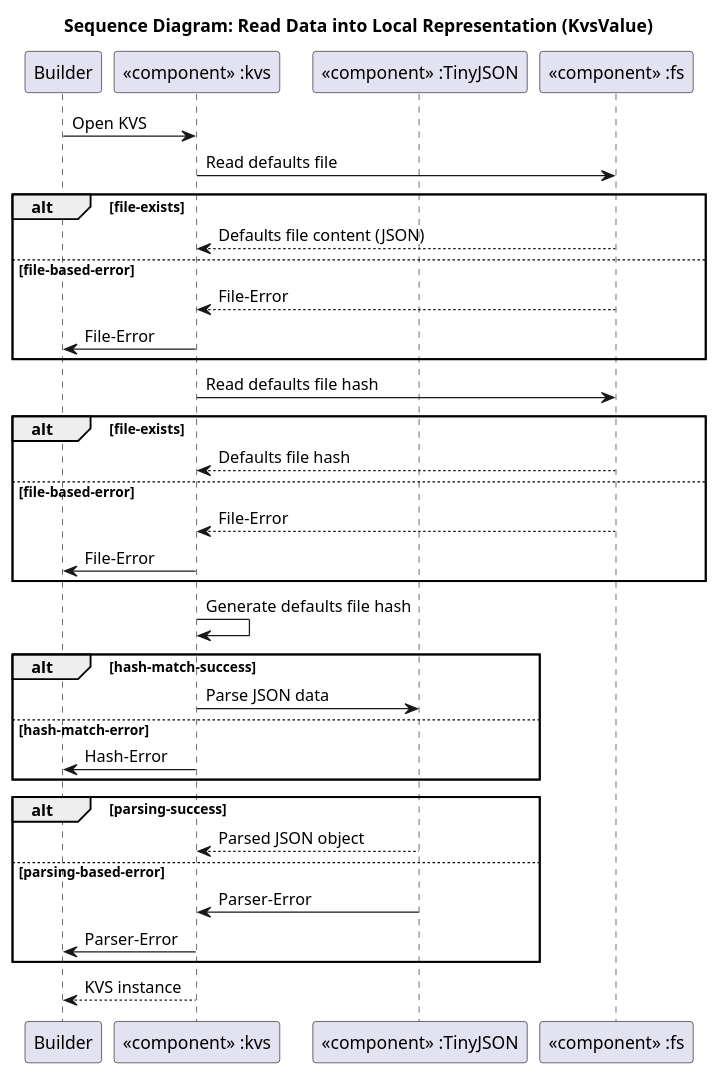
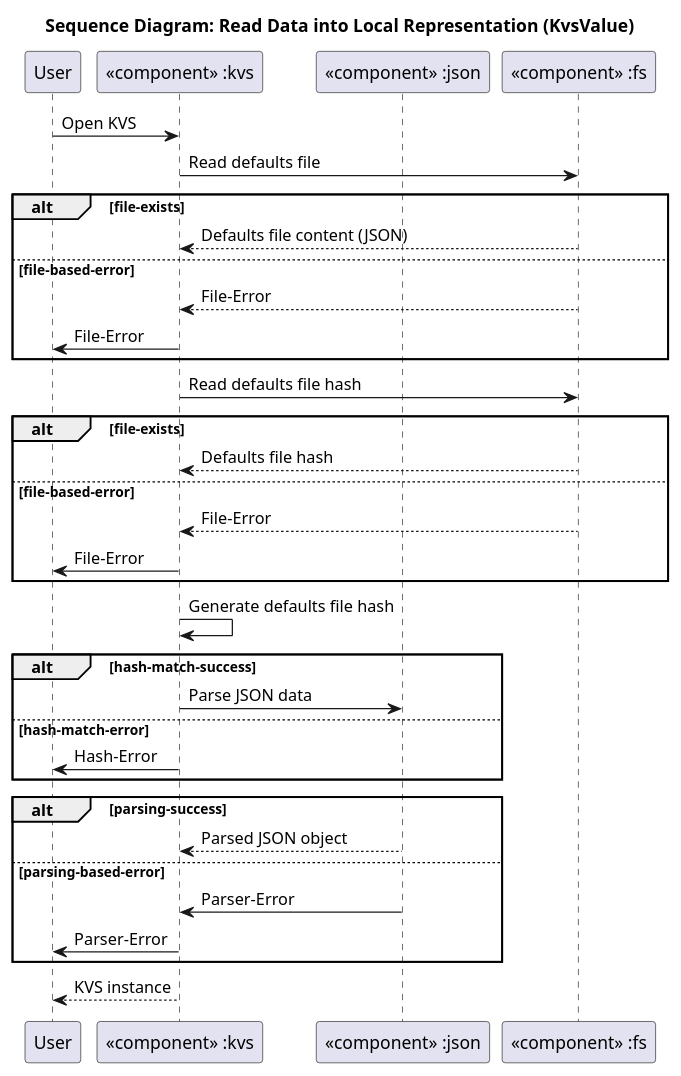
Before and after one commit to umaucher/score: the diagram in docs/features/persistency/kvs/architecture/_assets/kvs_dyn_read_file_into_local_repr.puml, drawn with PlantUML. The commit also changed 6 other files, not shown here.

Commit message:
persistency_kvs: integrated review comments from feature architecture

```diff
--- a/docs/features/persistency/kvs/architecture/_assets/kvs_dyn_read_file_into_local_repr.puml
+++ b/docs/features/persistency/kvs/architecture/_assets/kvs_dyn_read_file_into_local_repr.puml
@@ -1,47 +1,47 @@
 @startuml
 
 title Sequence Diagram: Read Data into Local Representation (KvsValue)
 
-participant "Builder" as actor
+participant "User" as actor
 participant "«component» :kvs" as kvs
-participant "«component» :TinyJSON" as json_parser
+participant "«component» :json" as json_parser
 participant "«component» :fs" as fs
 
 actor -> kvs: Open KVS
 
 kvs -> fs: Read defaults file
 
 alt file-exists
     fs --> kvs: Defaults file content (JSON)
 else file-based-error
     fs --> kvs: File-Error
     kvs -> actor: File-Error
 end
 
 kvs -> fs: Read defaults file hash
 
 alt file-exists
     fs --> kvs: Defaults file hash
 else file-based-error
     fs --> kvs: File-Error
     kvs -> actor: File-Error
 end
 
 kvs -> kvs: Generate defaults file hash
 
 alt hash-match-success
     kvs -> json_parser: Parse JSON data
 else hash-match-error
     kvs -> actor: Hash-Error
 end
 
 alt parsing-success
     json_parser --> kvs: Parsed JSON object
 else parsing-based-error
     json_parser -> kvs: Parser-Error
     kvs -> actor: Parser-Error
 end
 
 kvs --> actor: KVS instance
 
 @enduml
```
